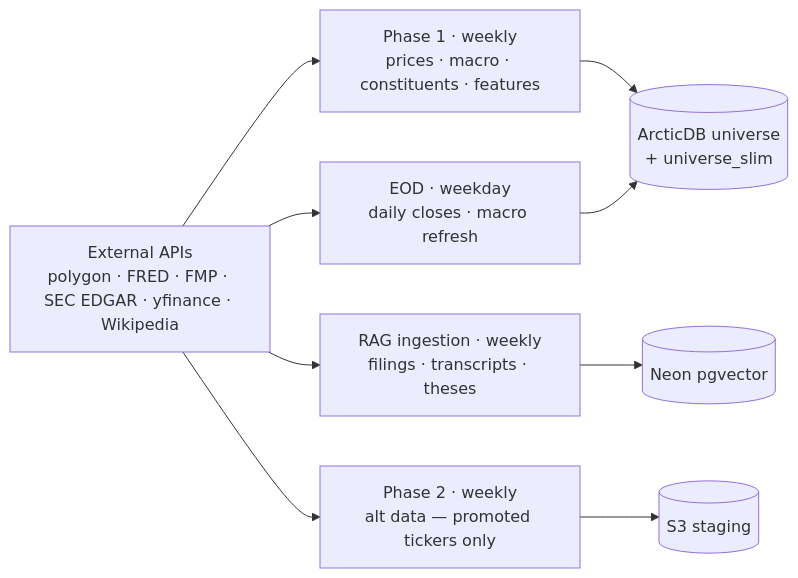
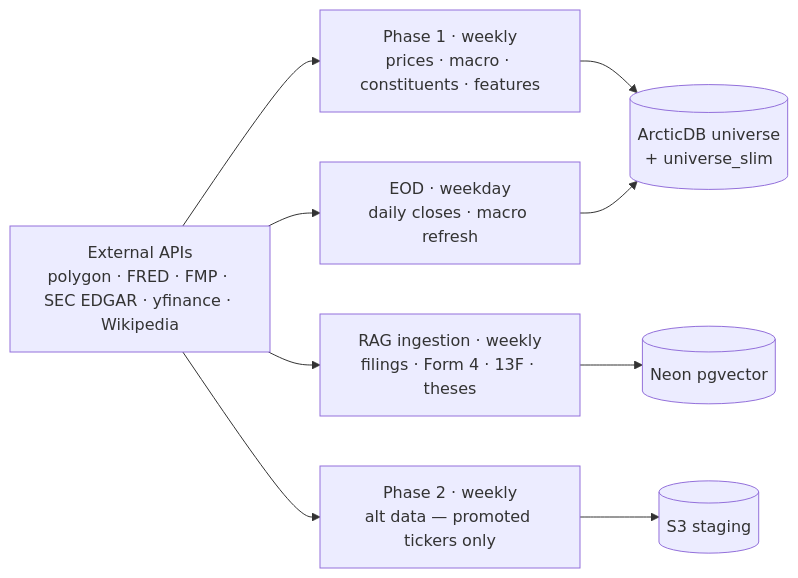
Before and after one commit to nousergon/nousergon-data: the diagram in README.md, drawn with Mermaid. The commit also changed other lines of this file and 19 other files, not shown here.

````diff
--- a/README.md
+++ b/README.md
@@ -30,17 +30,17 @@
 ```mermaid
 flowchart LR
     APIs[External APIs<br/>polygon · FRED · FMP · SEC EDGAR · yfinance · Wikipedia] --> P1
     APIs --> RAG
     APIs --> P2
     APIs --> EOD
 
     P1[Phase 1 · weekly<br/>prices · macro · constituents · features]
-    RAG[RAG ingestion · weekly<br/>filings · transcripts · theses]
+    RAG[RAG ingestion · weekly<br/>filings · Form 4 · 13F · theses]
     P2[Phase 2 · weekly<br/>alt data — promoted tickers only]
     EOD[EOD · weekday<br/>daily closes · macro refresh]
 
     P1 --> Arctic[(ArcticDB universe<br/>+ universe_slim)]
     EOD --> Arctic
     RAG --> Vector[(Neon pgvector)]
     P2 --> S3stage[(S3 staging)]
 ```
````
